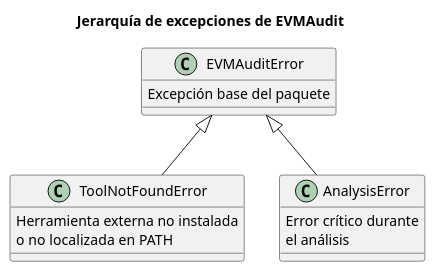
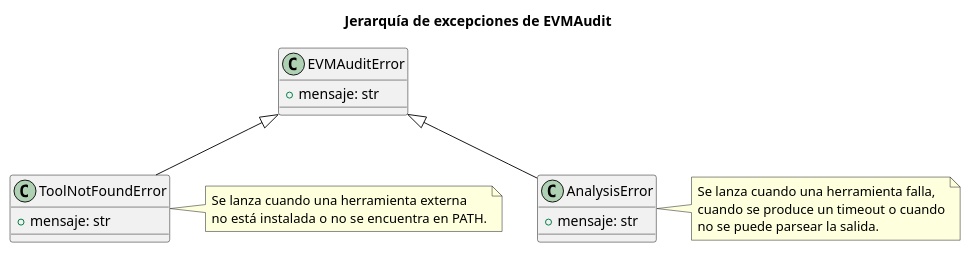
The ninth of 11 diagrams in docs-TFM-UNIR/Entrega/Diagramas/Diagramas.md (pardalaco/TFM-UNIR), drawn with PlantUML before and after one commit. The commit also changed other lines of this file, not shown here.

Commit message:
Diagramas mejorados

````diff
--- a/docs-TFM-UNIR/Entrega/Diagramas/Diagramas.md
+++ b/docs-TFM-UNIR/Entrega/Diagramas/Diagramas.md
@@ -314,23 +477,34 @@
 ```plantuml
 @startuml
 title Jerarquía de excepciones de EVMAudit
 
+skinparam shadowing false
+
 class EVMAuditError {
-  Excepción base del paquete
+  +mensaje: str
 }
 
 class ToolNotFoundError {
-  Herramienta externa no instalada
-  o no localizada en PATH
+  +mensaje: str
 }
 
 class AnalysisError {
-  Error crítico durante
-  el análisis
+  +mensaje: str
 }
 
 EVMAuditError <|-- ToolNotFoundError
 EVMAuditError <|-- AnalysisError
 
+note right of ToolNotFoundError
+Se lanza cuando una herramienta externa
+no está instalada o no se encuentra en PATH.
+end note
+
+note right of AnalysisError
+Se lanza cuando una herramienta falla,
+cuando se produce un timeout o cuando
+no se puede parsear la salida.
+end note
+
 @enduml
 ```
````
